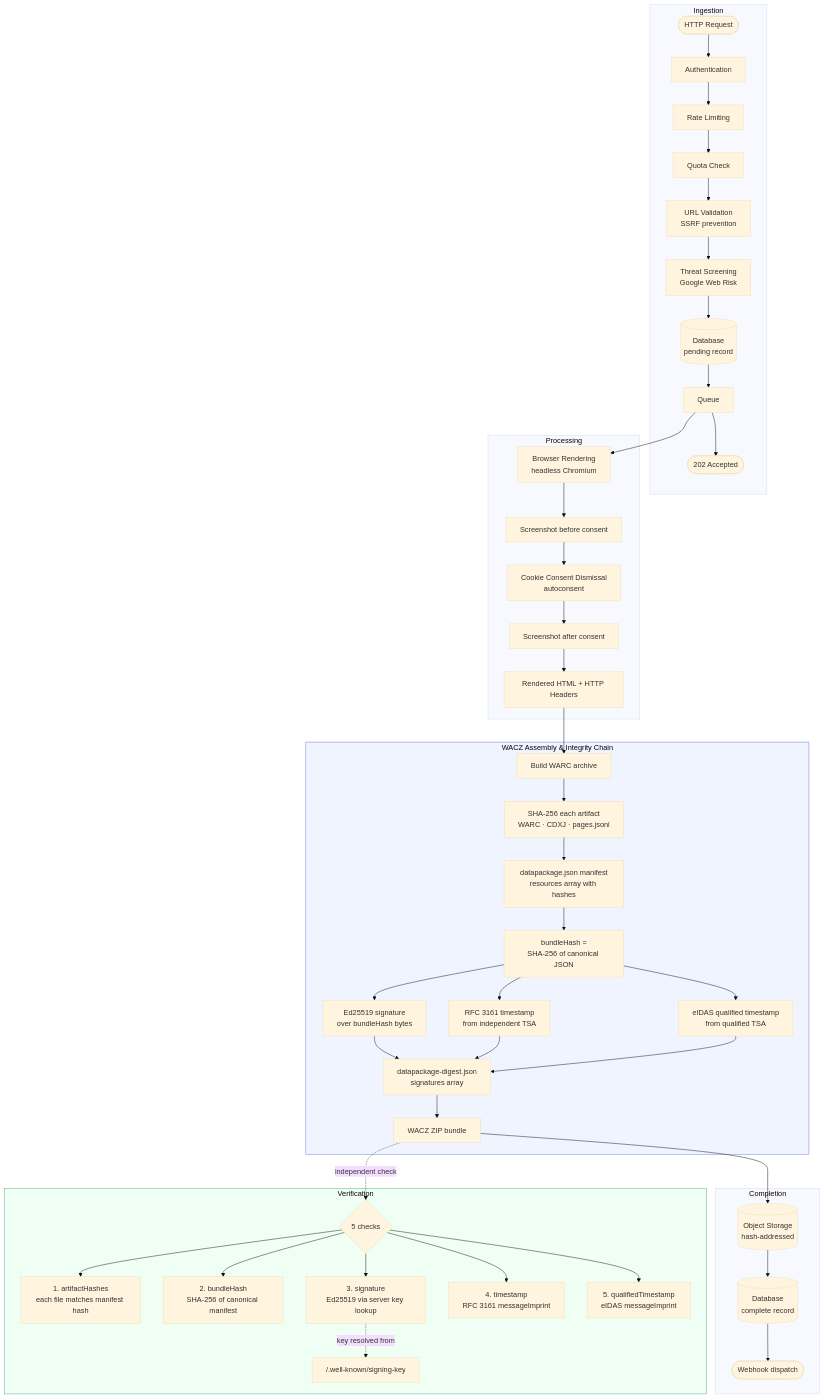
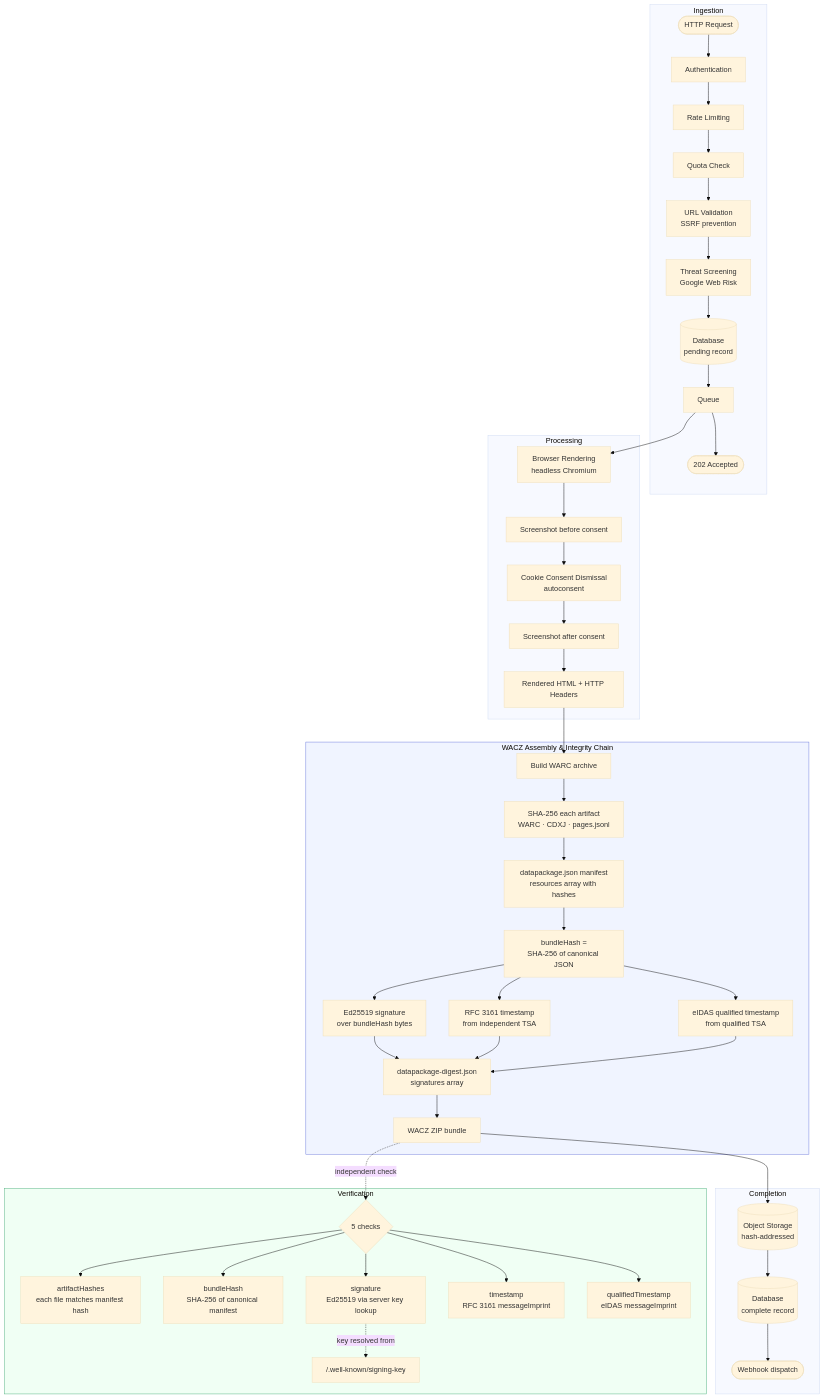
Before and after one commit to benpeter/web-resource-ledger: the second of 2 diagrams in site/content/architecture.md, drawn with Mermaid (base theme).

Commit message:
fix(docs): remove numbered prefixes from mermaid verification nodes
Mermaid v11 interprets "1." as ordered list markdown even inside quoted
labels, rendering "Unsupported markdown: list". Drop the numbering --
the spatial layout already conveys the check names clearly.

````diff
--- a/site/content/architecture.md
+++ b/site/content/architecture.md
@@ -82,54 +82,54 @@
 ```mermaid
 flowchart TD
     subgraph Ingestion
         A([HTTP Request]) --> B[Authentication]
         B --> C[Rate Limiting]
         C --> D[Quota Check]
         D --> E["URL Validation<br/>SSRF prevention"]
         E --> F["Threat Screening<br/>Google Web Risk"]
         F --> G[("Database<br/>pending record")]
         G --> H[Queue]
         H --> I([202 Accepted])
     end
 
     subgraph Processing
         H --> J["Browser Rendering<br/>headless Chromium"]
         J --> K[Screenshot before consent]
         K --> L["Cookie Consent Dismissal<br/>autoconsent"]
         L --> M[Screenshot after consent]
         M --> N[Rendered HTML + HTTP Headers]
     end
 
     subgraph WACZ["WACZ Assembly & Integrity Chain"]
         N --> O[Build WARC archive]
         O --> P["SHA-256 each artifact<br/>WARC · CDXJ · pages.jsonl"]
         P --> Q["datapackage.json manifest<br/>resources array with hashes"]
         Q --> R["bundleHash =<br/>SHA-256 of canonical JSON"]
         R --> S["Ed25519 signature<br/>over bundleHash bytes"]
         R --> T["RFC 3161 timestamp<br/>from independent TSA"]
         R --> U["eIDAS qualified timestamp<br/>from qualified TSA"]
         S --> V["datapackage-digest.json<br/>signatures array"]
         T --> V
         U --> V
         V --> W[WACZ ZIP bundle]
     end
 
     subgraph Completion
         W --> X[("Object Storage<br/>hash-addressed")]
         X --> Y[("Database<br/>complete record")]
         Y --> Z([Webhook dispatch])
     end
 
     subgraph Verification
         W -.->|independent check| AA{5 checks}
-        AA --> AB["1. artifactHashes<br/>each file matches manifest hash"]
-        AA --> AC["2. bundleHash<br/>SHA-256 of canonical manifest"]
-        AA --> AD["3. signature<br/>Ed25519 via server key lookup"]
-        AA --> AE["4. timestamp<br/>RFC 3161 messageImprint"]
-        AA --> AF["5. qualifiedTimestamp<br/>eIDAS messageImprint"]
+        AA --> AB["artifactHashes<br/>each file matches manifest hash"]
+        AA --> AC["bundleHash<br/>SHA-256 of canonical manifest"]
+        AA --> AD["signature<br/>Ed25519 via server key lookup"]
+        AA --> AE["timestamp<br/>RFC 3161 messageImprint"]
+        AA --> AF["qualifiedTimestamp<br/>eIDAS messageImprint"]
         AD -.->|key resolved from| AG["/.well-known/signing-key"]
     end
 
     style WACZ fill:#f0f4ff,stroke:#6b7adc
     style Verification fill:#f0fff4,stroke:#4caf7d
 ```
````
